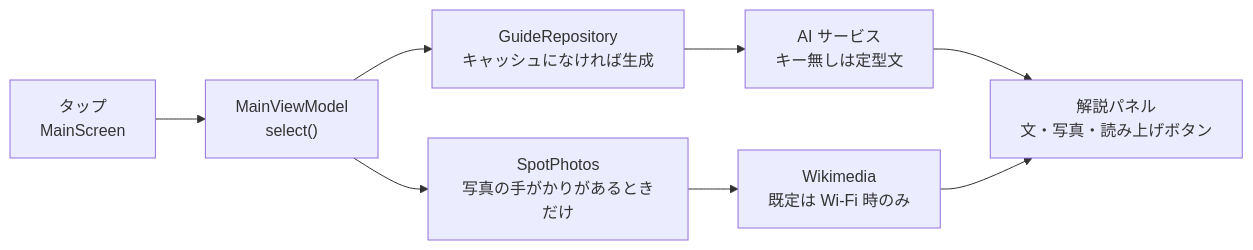
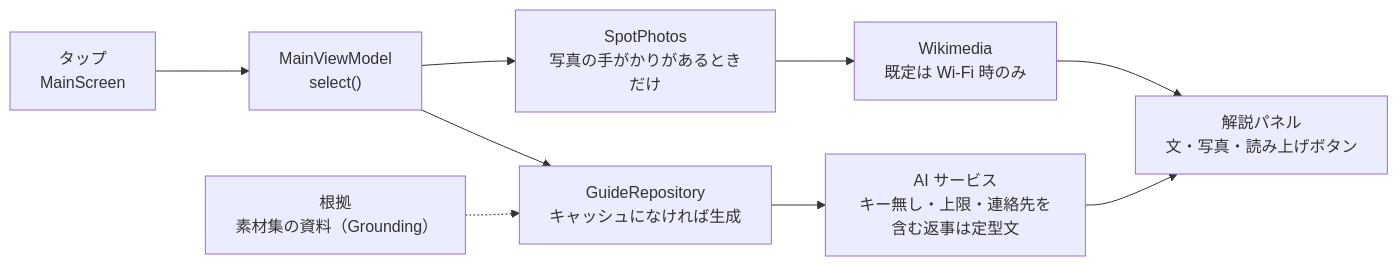
The fourth of 8 diagrams in docs/architecture.md (duwenji/yorisoi-sanpoguide), drawn with Mermaid before and after one commit. The commit also changed other lines of this file and 1 other file, not shown here.

First line of the commit message:
docs: 構造図を今のコードに合わせる

````diff
--- a/docs/architecture.md
+++ b/docs/architecture.md
@@ -143,10 +153,11 @@
 ```mermaid
 flowchart LR
   Tap["タップ<br/>MainScreen"] --> Select["MainViewModel<br/>select()"]
   Select --> Guide["GuideRepository<br/>キャッシュになければ生成"]
   Select --> Photos["SpotPhotos<br/>写真の手がかりがあるときだけ"]
-  Guide --> AI["AI サービス<br/>キー無しは定型文"]
+  Grounds["根拠<br/>素材集の資料（Grounding）"] -.-> Guide
+  Guide --> AI["AI サービス<br/>キー無し・上限・連絡先を含む返事は定型文"]
   Photos --> Wiki["Wikimedia<br/>既定は Wi-Fi 時のみ"]
   AI --> Panel["解説パネル<br/>文・写真・読み上げボタン"]
   Wiki --> Panel
 ```
````
